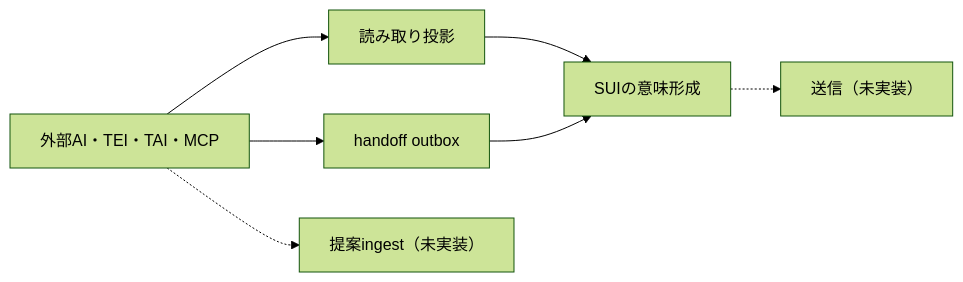
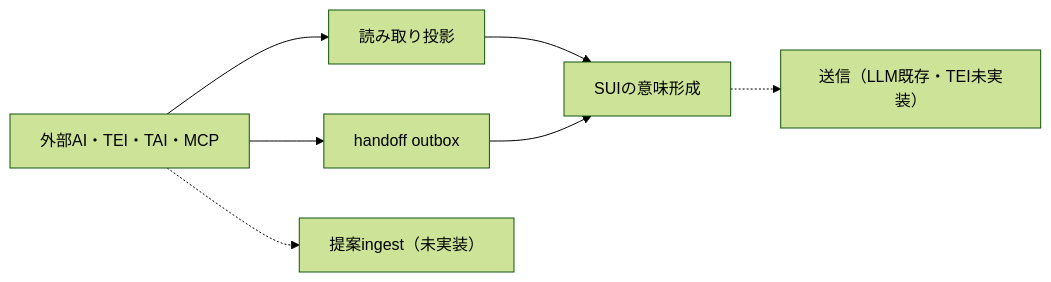
The diagram in 01_Plans/adr/ADR-0111-meaning-preserving-external-cognition-interface.md (hat47x/sui-sensemaking), drawn with Mermaid (forest theme) before and after one commit. The commit also changed other lines of this file, not shown here.

````diff
--- a/01_Plans/adr/ADR-0111-meaning-preserving-external-cognition-interface.md
+++ b/01_Plans/adr/ADR-0111-meaning-preserving-external-cognition-interface.md
@@ -49,9 +50,9 @@
 ```mermaid
 flowchart LR
   E["外部AI・TEI・TAI・MCP"] --> R["読み取り投影"]
   E --> H["handoff outbox"]
   E -.-> P["提案ingest（未実装）"]
-  S["SUIの意味形成"] -.-> X["送信（未実装）"]
+  S["SUIの意味形成"] -.-> X["送信（LLM既存・TEI未実装）"]
   R --> S
   H --> S
 ```
````
